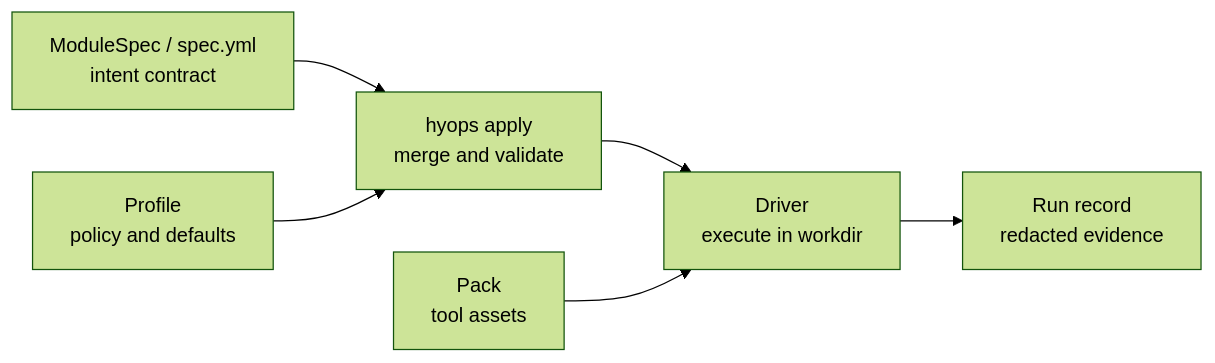
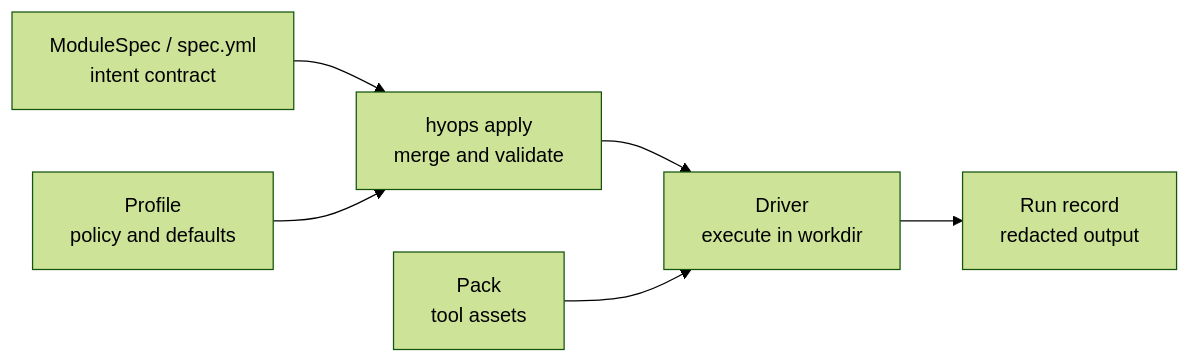
One commit to hybridops-tech/hybridops-core changed the diagram in README.md. Above: the diagram before and after it, drawn with Mermaid (forest theme). The commit also changed other lines of this file, not shown here.

````diff
--- a/README.md
+++ b/README.md
@@ -101,15 +105,15 @@
 ```mermaid
 flowchart LR
     spec["ModuleSpec / spec.yml<br/>intent contract"]
     cli["hyops apply<br/>merge and validate"]
     driver["Driver<br/>execute in workdir"]
-    record["Run record<br/>redacted evidence"]
+    record["Run record<br/>redacted output"]
     profile["Profile<br/>policy and defaults"]
     pack["Pack<br/>tool assets"]
 
     spec --> cli
     profile --> cli
     cli --> driver
     pack --> driver
     driver --> record
 ```
````
